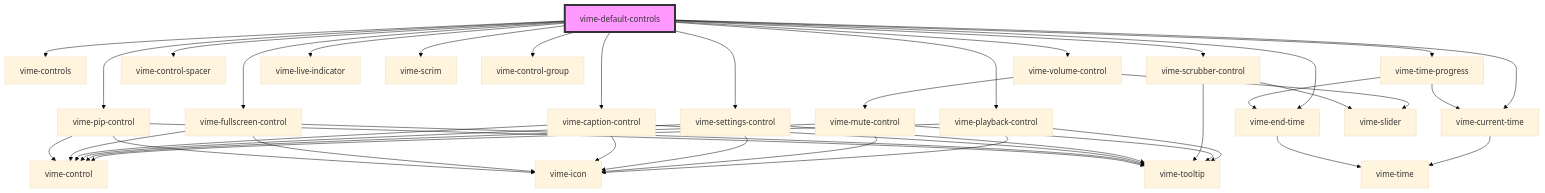
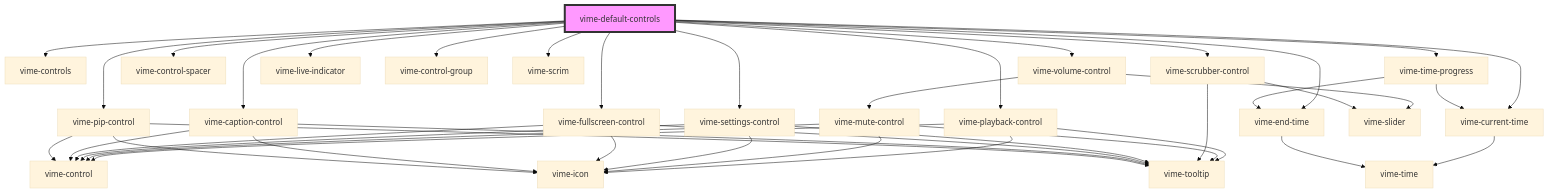
The diagram in packages/core/src/components/ui/controls/default-controls/readme.md (vime-js/vime), drawn with Mermaid (base theme) before and after one commit. The commit also changed other lines of this file and 11 other files, not shown here.

````diff
--- a/packages/core/src/components/ui/controls/default-controls/readme.md
+++ b/packages/core/src/components/ui/controls/default-controls/readme.md
@@ -52,45 +52,45 @@
 ```mermaid
 graph TD;
   vime-default-controls --> vime-controls
   vime-default-controls --> vime-playback-control
   vime-default-controls --> vime-volume-control
   vime-default-controls --> vime-current-time
   vime-default-controls --> vime-control-spacer
   vime-default-controls --> vime-scrubber-control
   vime-default-controls --> vime-live-indicator
   vime-default-controls --> vime-end-time
   vime-default-controls --> vime-settings-control
+  vime-default-controls --> vime-control-group
+  vime-default-controls --> vime-fullscreen-control
   vime-default-controls --> vime-scrim
   vime-default-controls --> vime-caption-control
-  vime-default-controls --> vime-fullscreen-control
-  vime-default-controls --> vime-control-group
   vime-default-controls --> vime-time-progress
   vime-default-controls --> vime-pip-control
   vime-playback-control --> vime-control
   vime-playback-control --> vime-icon
   vime-playback-control --> vime-tooltip
   vime-volume-control --> vime-mute-control
   vime-volume-control --> vime-slider
   vime-mute-control --> vime-control
   vime-mute-control --> vime-icon
   vime-mute-control --> vime-tooltip
   vime-current-time --> vime-time
   vime-scrubber-control --> vime-slider
   vime-scrubber-control --> vime-tooltip
   vime-end-time --> vime-time
   vime-settings-control --> vime-control
   vime-settings-control --> vime-icon
   vime-settings-control --> vime-tooltip
+  vime-fullscreen-control --> vime-control
+  vime-fullscreen-control --> vime-icon
+  vime-fullscreen-control --> vime-tooltip
   vime-caption-control --> vime-control
   vime-caption-control --> vime-icon
   vime-caption-control --> vime-tooltip
-  vime-fullscreen-control --> vime-control
-  vime-fullscreen-control --> vime-icon
-  vime-fullscreen-control --> vime-tooltip
   vime-time-progress --> vime-current-time
   vime-time-progress --> vime-end-time
   vime-pip-control --> vime-control
   vime-pip-control --> vime-icon
   vime-pip-control --> vime-tooltip
   style vime-default-controls fill:#f9f,stroke:#333,stroke-width:4px
 ```
````
